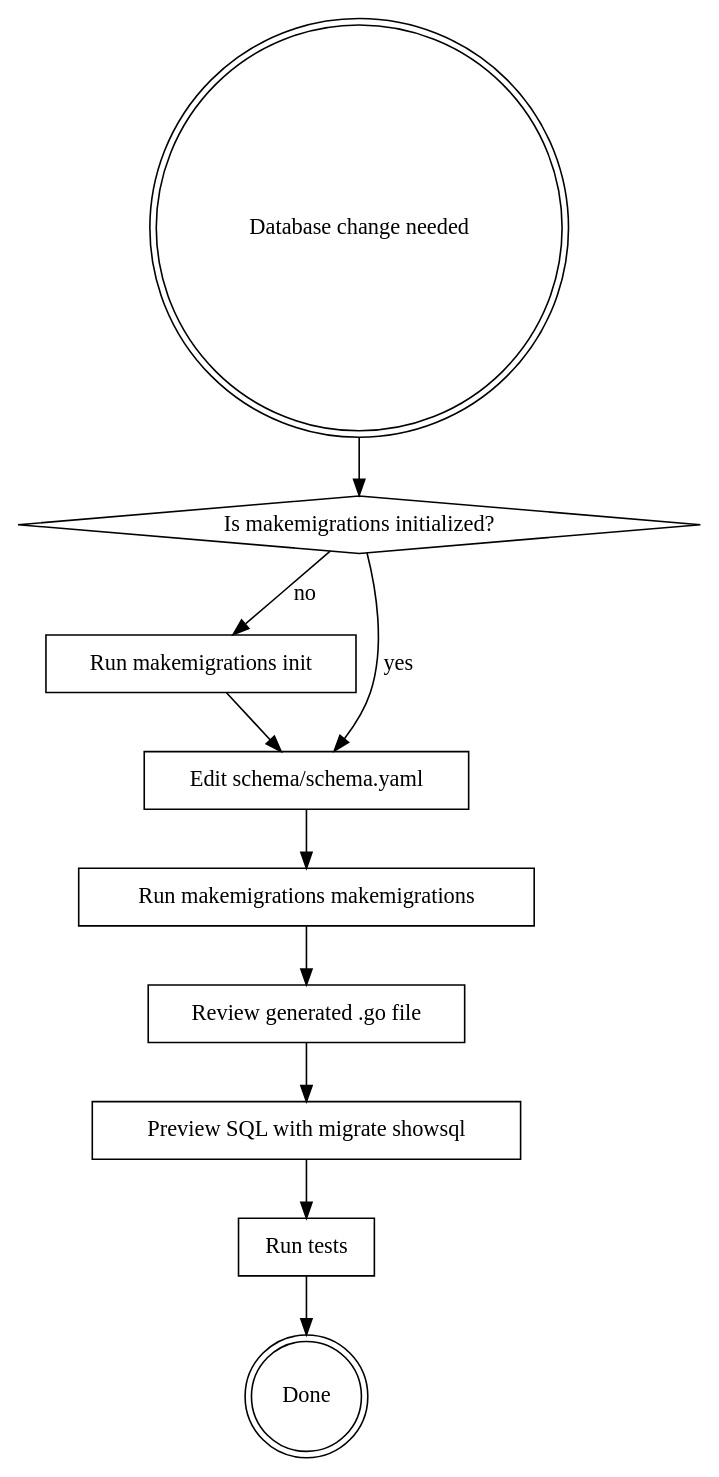
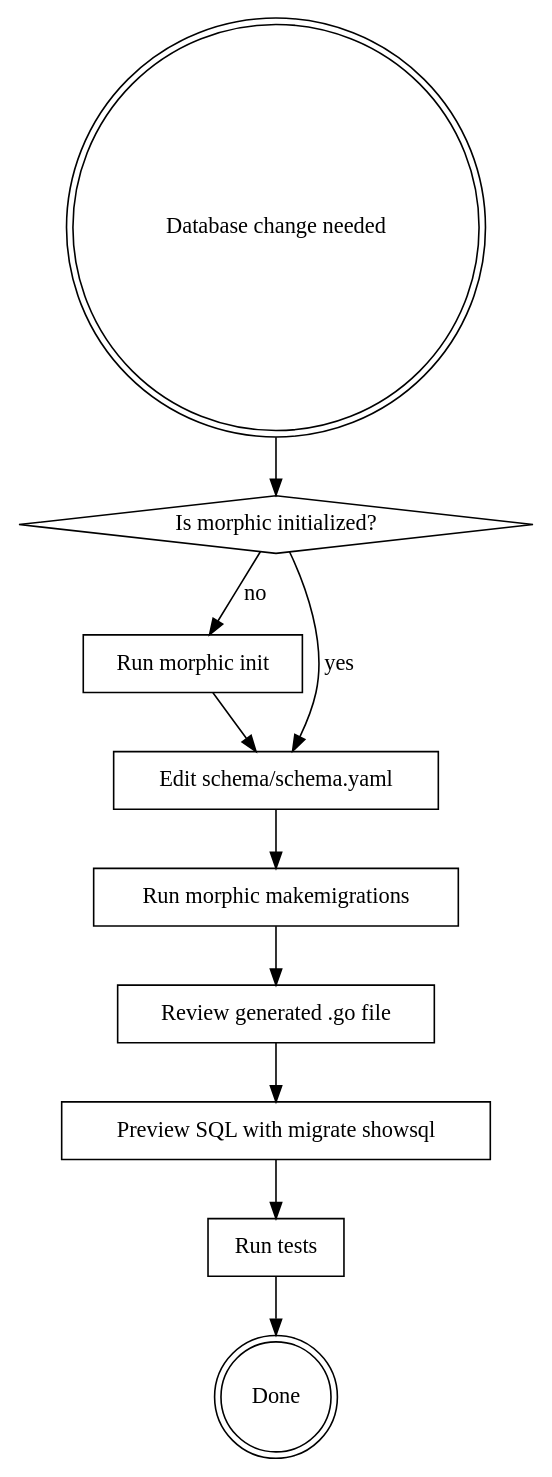
Before and after one commit to ocomsoft/makemigrations: the diagram in skills/SKILL.md, drawn with Graphviz. The commit also changed other lines of this file and 3 other files, not shown here.

````diff
--- a/skills/SKILL.md
+++ b/skills/SKILL.md
@@ -30,24 +30,24 @@
 ```dot
-digraph makemigrations_workflow {
+digraph morphic_workflow {
     rankdir=TB;
     "Database change needed" [shape=doublecircle];
-    "Is makemigrations initialized?" [shape=diamond];
-    "Run makemigrations init" [shape=box];
+    "Is morphic initialized?" [shape=diamond];
+    "Run morphic init" [shape=box];
     "Edit schema/schema.yaml" [shape=box];
-    "Run makemigrations makemigrations" [shape=box];
+    "Run morphic makemigrations" [shape=box];
     "Review generated .go file" [shape=box];
     "Preview SQL with migrate showsql" [shape=box];
     "Run tests" [shape=box];
     "Done" [shape=doublecircle];
 
-    "Database change needed" -> "Is makemigrations initialized?";
-    "Is makemigrations initialized?" -> "Run makemigrations init" [label="no"];
-    "Is makemigrations initialized?" -> "Edit schema/schema.yaml" [label="yes"];
-    "Run makemigrations init" -> "Edit schema/schema.yaml";
-    "Edit schema/schema.yaml" -> "Run makemigrations makemigrations";
-    "Run makemigrations makemigrations" -> "Review generated .go file";
+    "Database change needed" -> "Is morphic initialized?";
+    "Is morphic initialized?" -> "Run morphic init" [label="no"];
+    "Is morphic initialized?" -> "Edit schema/schema.yaml" [label="yes"];
+    "Run morphic init" -> "Edit schema/schema.yaml";
+    "Edit schema/schema.yaml" -> "Run morphic makemigrations";
+    "Run morphic makemigrations" -> "Review generated .go file";
     "Review generated .go file" -> "Preview SQL with migrate showsql";
     "Preview SQL with migrate showsql" -> "Run tests";
     "Run tests" -> "Done";
 }
 ```
````
